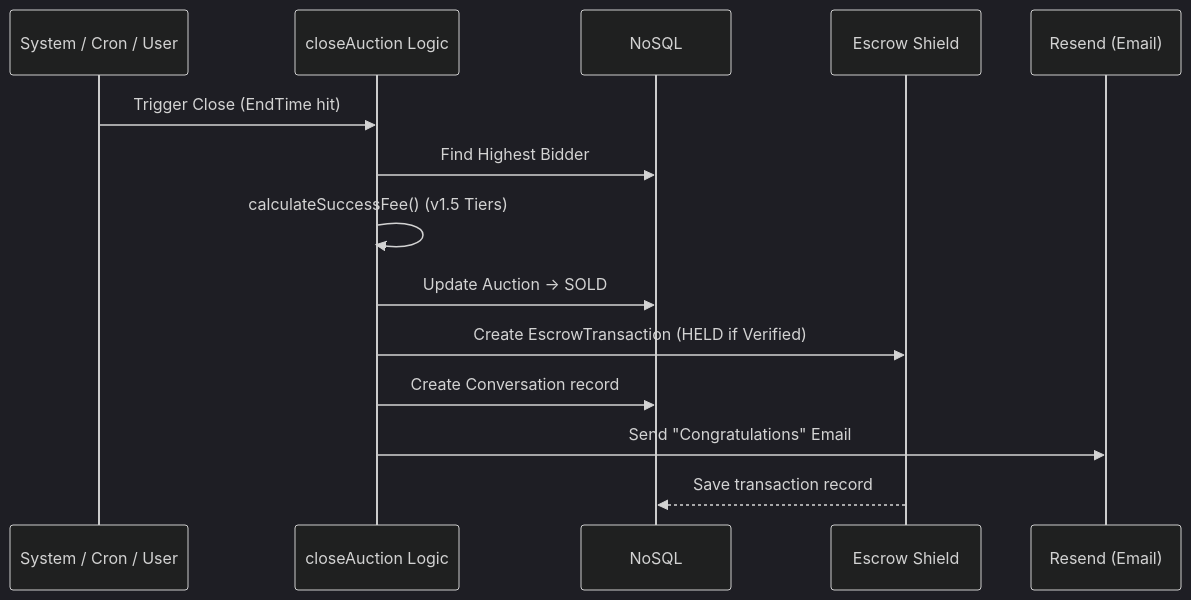
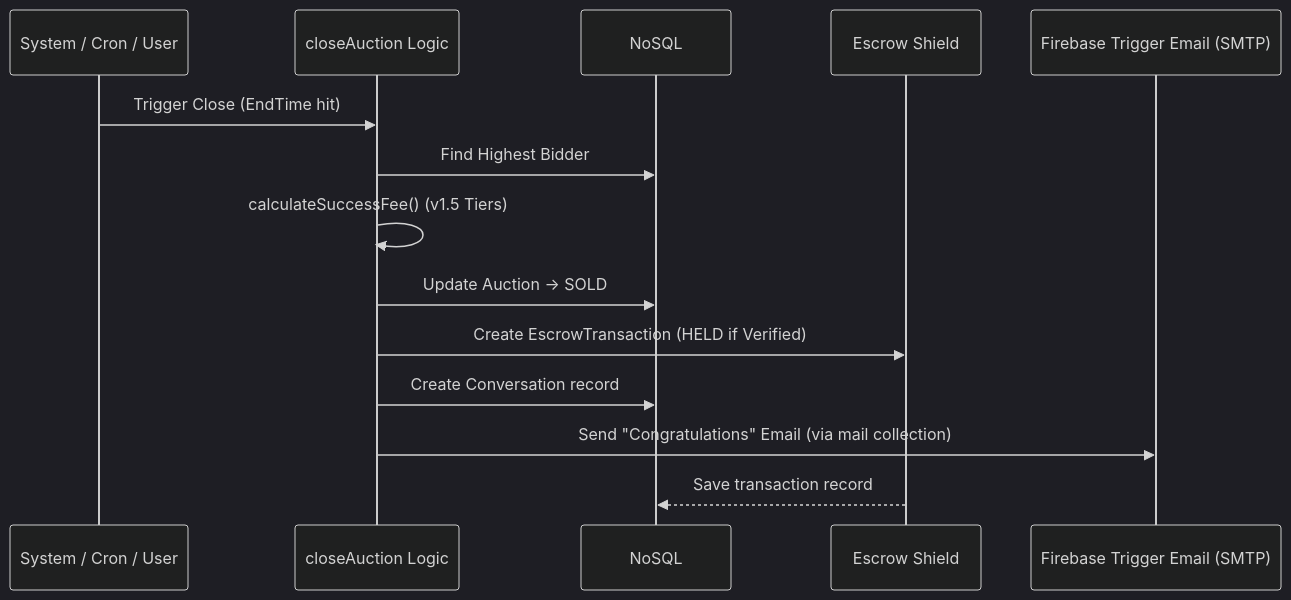
Before and after one commit to Sayem9999/nilamit.com: the third of 5 diagrams in docs/flow.md, drawn with Mermaid (dark theme). The commit also changed 3 other files, not shown here.

Commit message:
docs: remove Resend remnants, document Firebase Trigger Email extension

````diff
--- a/docs/flow.md
+++ b/docs/flow.md
@@ -70,17 +70,17 @@
 ```mermaid
 sequenceDiagram
     participant Sys as System / Cron / User
     participant CA as closeAuction Logic
     participant DB as NoSQL
     participant ESC as Escrow Shield
-    participant RES as Resend (Email)
+    participant Mail as Firebase Trigger Email (SMTP)
     
     Sys->>CA: Trigger Close (EndTime hit)
     CA->>DB: Find Highest Bidder
     CA->>CA: calculateSuccessFee() (v1.5 Tiers)
     CA->>DB: Update Auction -> SOLD
     CA->>ESC: Create EscrowTransaction (HELD if Verified)
     CA->>DB: Create Conversation record
-    CA->>RES: Send "Congratulations" Email
+    CA->>Mail: Send "Congratulations" Email (via mail collection)
     ESC-->>DB: Save transaction record
 ```
````
